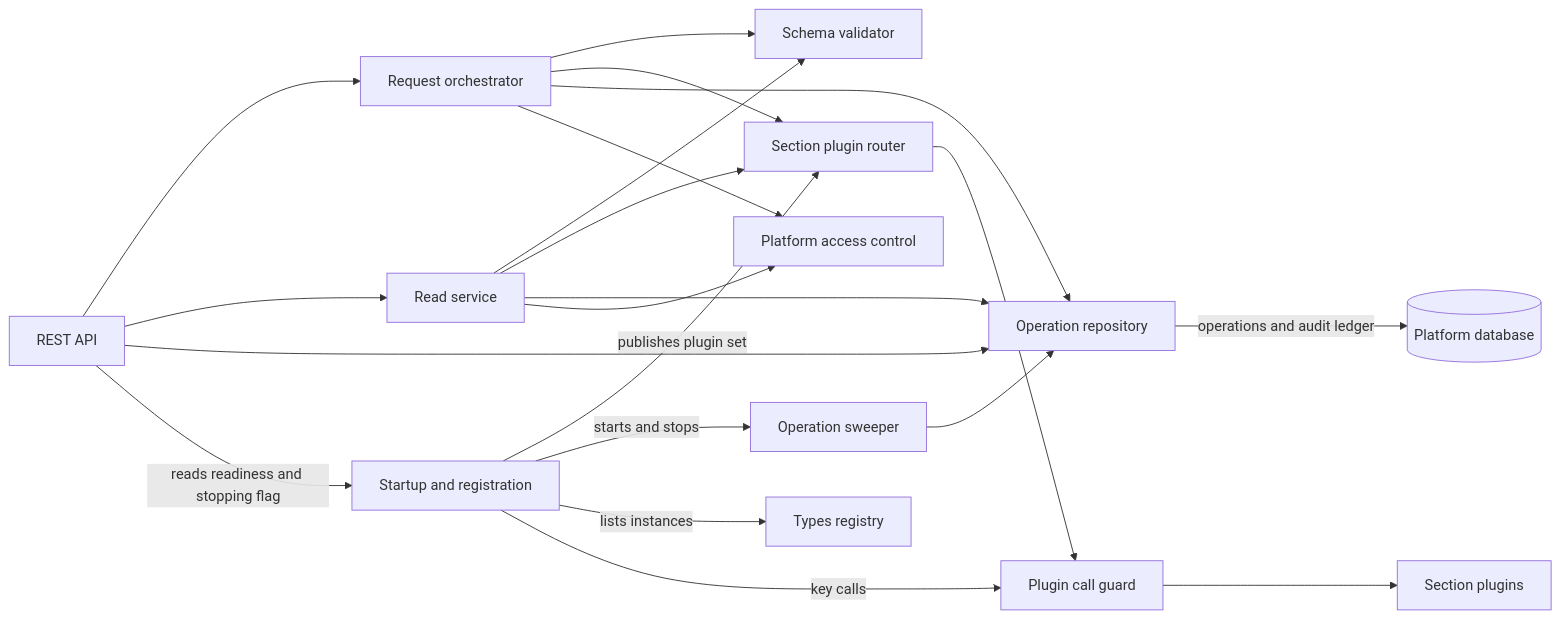
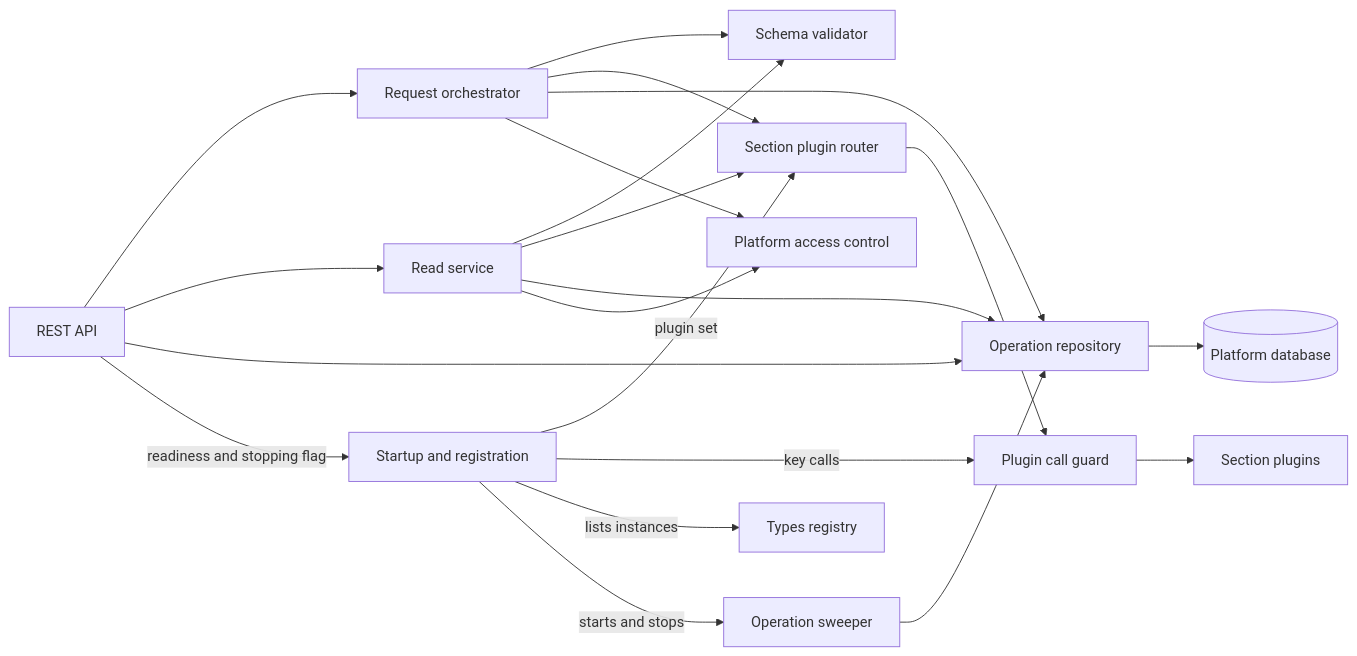
One commit to constructorfabric/gears-rust changed the third of 6 diagrams in gears/system/application-manager/docs/DESIGN.md. Above: the diagram before and after it, drawn with Mermaid. The commit also changed other lines of this file and 5 other files, not shown here.

````diff
--- a/gears/system/application-manager/docs/DESIGN.md
+++ b/gears/system/application-manager/docs/DESIGN.md
@@ -369,23 +331,23 @@
 ```mermaid
 graph LR
     REST[REST API] --> ORC[Request orchestrator]
     REST --> RS[Read service]
+    REST --> REP
     ORC --> VAL[Schema validator]
     RS --> VAL
     ORC --> SPR[Section plugin router]
     RS --> SPR
     ORC --> REP[Operation repository]
     RS --> REP
+    ORC --> PDP[Platform access control]
+    RS --> PDP
     SWP[Operation sweeper] --> REP
     SPR --> GUARD[Plugin call guard]
     GUARD --> SP[Section plugins]
-    REST --> REP
-    ORC --> PDP[Platform access control]
-    RS --> PDP
-    REP -->|"operations and audit ledger"| DB[(Platform database)]
-    START[Startup and registration] -->|"publishes plugin set"| SPR
+    REP --> DB[(Platform database)]
+    START[Startup and registration] -->|"plugin set"| SPR
+    START -->|"key calls"| GUARD
+    START -->|"lists instances"| TR[Types registry]
     START -->|"starts and stops"| SWP
-    START -->|"lists instances"| TR[Types registry]
-    START -->|"key calls"| GUARD
-    REST -->|"reads readiness and stopping flag"| START
+    REST -->|"readiness and stopping flag"| START
 ```
````
